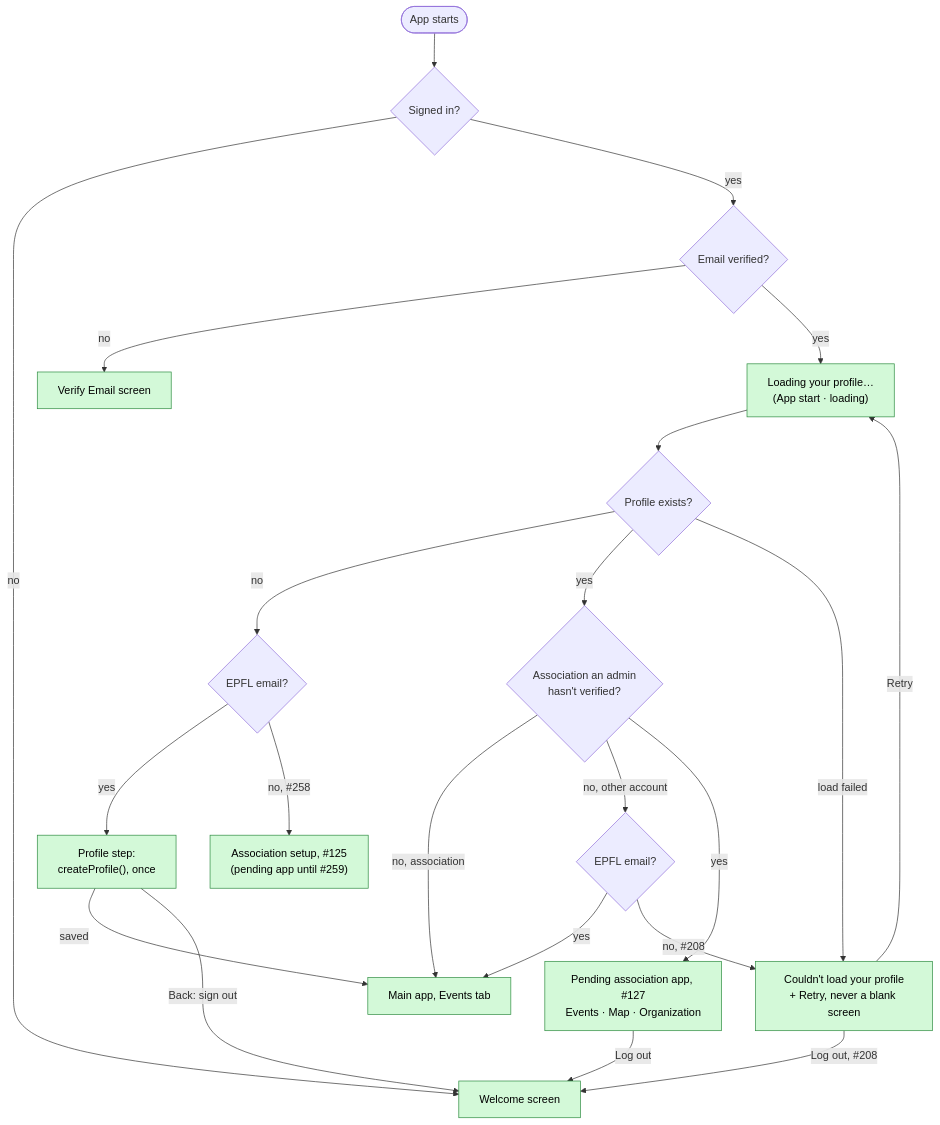
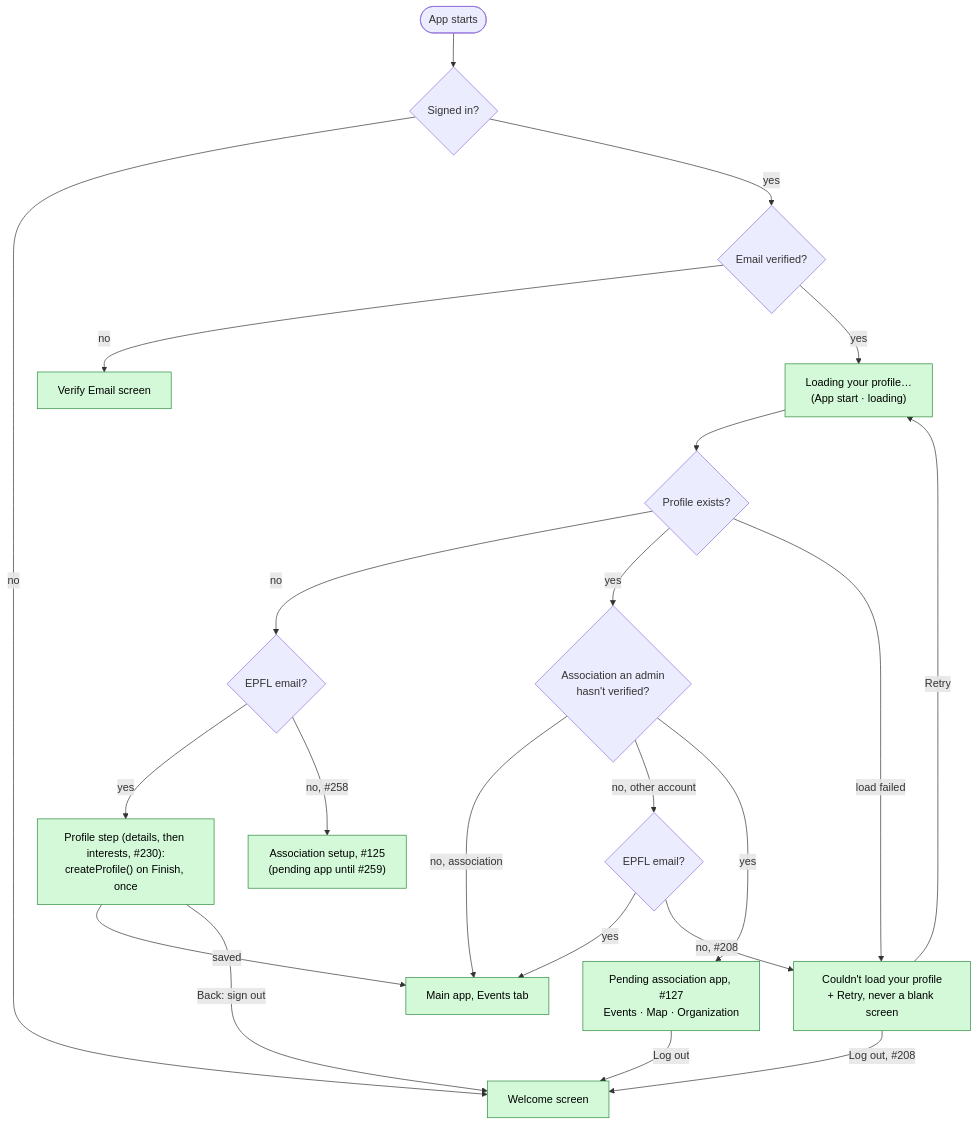
One commit to swent-polysocial/PolySocial changed the ninth of 12 diagrams in docs/Architecture-Diagram.md. Above: the diagram before and after it, drawn with Mermaid. The commit also changed other lines of this file and 1 other file, not shown here.

First line of the commit message:
docs: record the interests step

````diff
--- a/docs/Architecture-Diagram.md
+++ b/docs/Architecture-Diagram.md
@@ -322,25 +324,25 @@
 ```mermaid
 flowchart TD
   classDef s1 fill:#d3f9d8,stroke:#2b8a3e,color:#000
   start(["App starts"]) --> q1{"Signed in?"}
   q1 -- no --> welcome["Welcome screen"]:::s1
   q1 -- yes --> q2{"Email verified?"}
   q2 -- no --> verify["Verify Email screen"]:::s1
   q2 -- yes --> load["Loading your profile…<br/>(App start · loading)"]:::s1 --> q3{"Profile exists?"}
   q3 -- no --> q5{"EPFL email?"}
-  q5 -- yes --> create["Profile step:<br/>createProfile(), once"]:::s1
+  q5 -- yes --> create["Profile step (details, then interests, #230):<br/>createProfile() on Finish, once"]:::s1
   main["Main app, Events tab"]:::s1
   create -- "saved" --> main
   create -- "Back: sign out" --> welcome
   q3 -- yes --> q4{"Association an admin<br/>hasn't verified?"}
   q4 -- "no, association" --> main
   q4 -- "no, other account" --> q6{"EPFL email?"}
   q6 -- yes --> main
   q4 -- yes --> pending["Pending association app, #127<br/>Events · Map · Organization"]:::s1
   pending -- "Log out" --> welcome
   q3 -- "load failed" --> err["Couldn't load your profile<br/>+ Retry, never a blank screen"]:::s1
   err -- "Retry" --> load
   err -- "Log out, #208" --> welcome
   q5 -- "no, #258" --> setup["Association setup, #125<br/>(pending app until #259)"]:::s1
   q6 -- "no, #208" --> err
 ```
````
